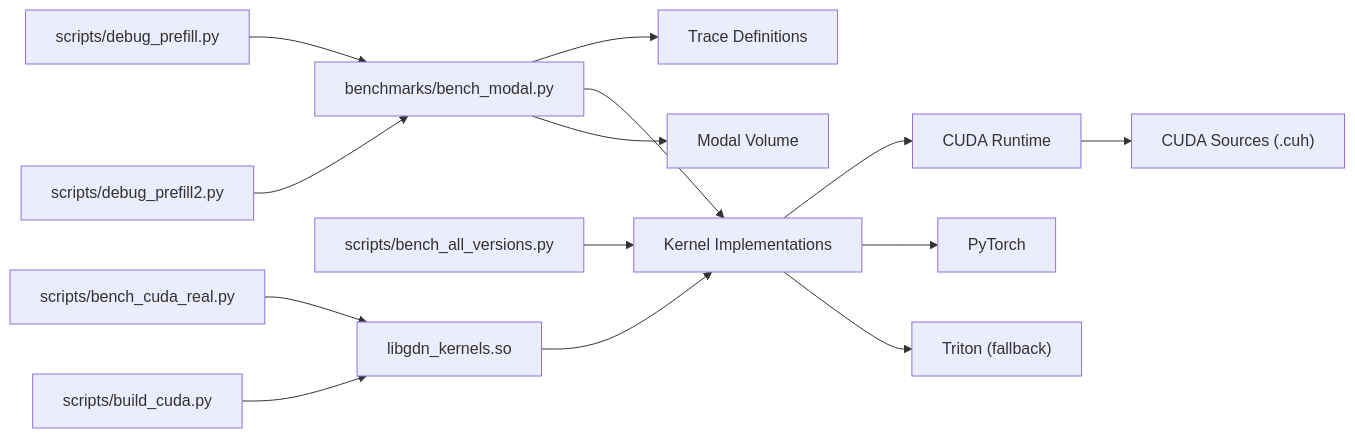
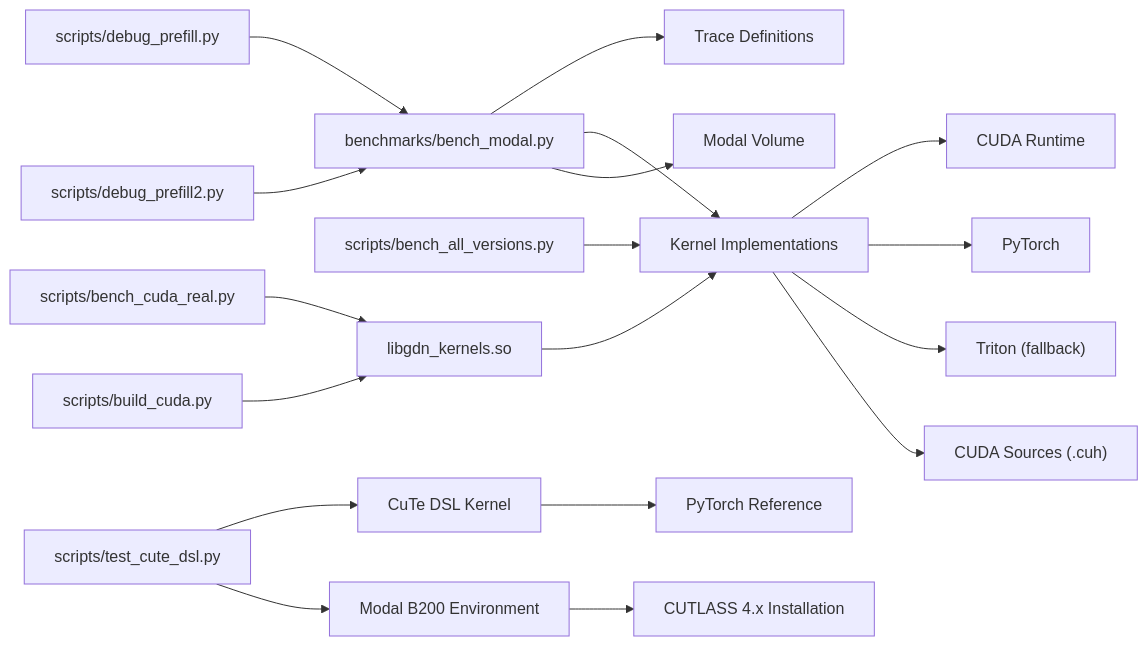
The tenth of 13 diagrams in .qoder/repowiki/en/content/Performance Analysis.md (gugudeshubao/flashinfer-bench-tma-thrust), drawn with Mermaid before and after one commit. The commit also changed other lines of this file and 9 other files, not shown here.

````diff
--- a/.qoder/repowiki/en/content/Performance Analysis.md
+++ b/.qoder/repowiki/en/content/Performance Analysis.md
@@ -426,16 +527,20 @@
 ```mermaid
 graph LR
 Runner["benchmarks/bench_modal.py"] --> Defs["Trace Definitions"]
 Runner --> Kernels["Kernel Implementations"]
 Kernels --> CUDA["CUDA Runtime"]
 Kernels --> Torch["PyTorch"]
 Kernels --> Triton["Triton (fallback)"]
 Runner --> Volume["Modal Volume"]
 Debug1["scripts/debug_prefill.py"] --> Runner
 Debug2["scripts/debug_prefill2.py"] --> Runner
 AllVersions["scripts/bench_all_versions.py"] --> Kernels
 RealCUDA["scripts/bench_cuda_real.py"] --> Lib["libgdn_kernels.so"]
 BuildCUDA["scripts/build_cuda.py"] --> Lib
 Lib --> Kernels
-CUDA --> CUDA_SRC["CUDA Sources (.cuh)"]
+CuTeTest["scripts/test_cute_dsl.py"] --> CuTeDSL["CuTe DSL Kernel"]
+CuTeDSL --> PyTorchRef["PyTorch Reference"]
+CuTeTest --> ModalEnv["Modal B200 Environment"]
+ModalEnv --> CUTLASS["CUTLASS 4.x Installation"]
+Kernels --> CUDA_SRC["CUDA Sources (.cuh)"]
 ```
````
